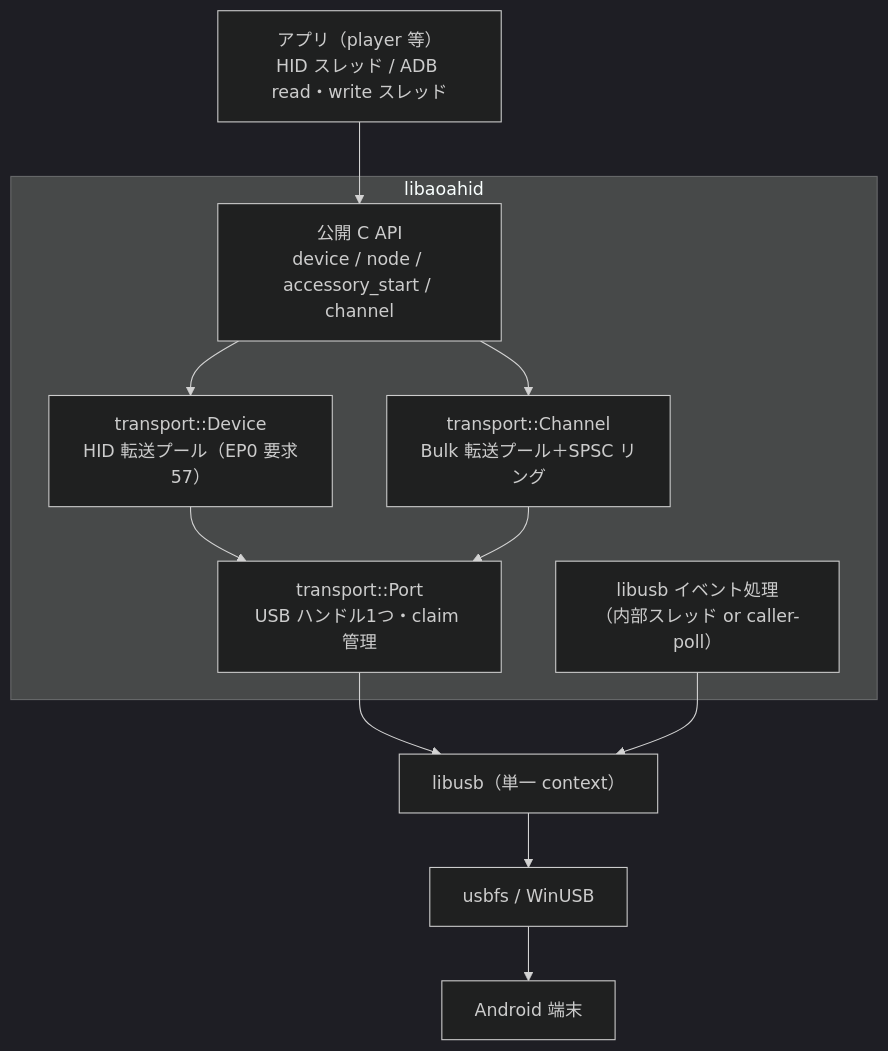
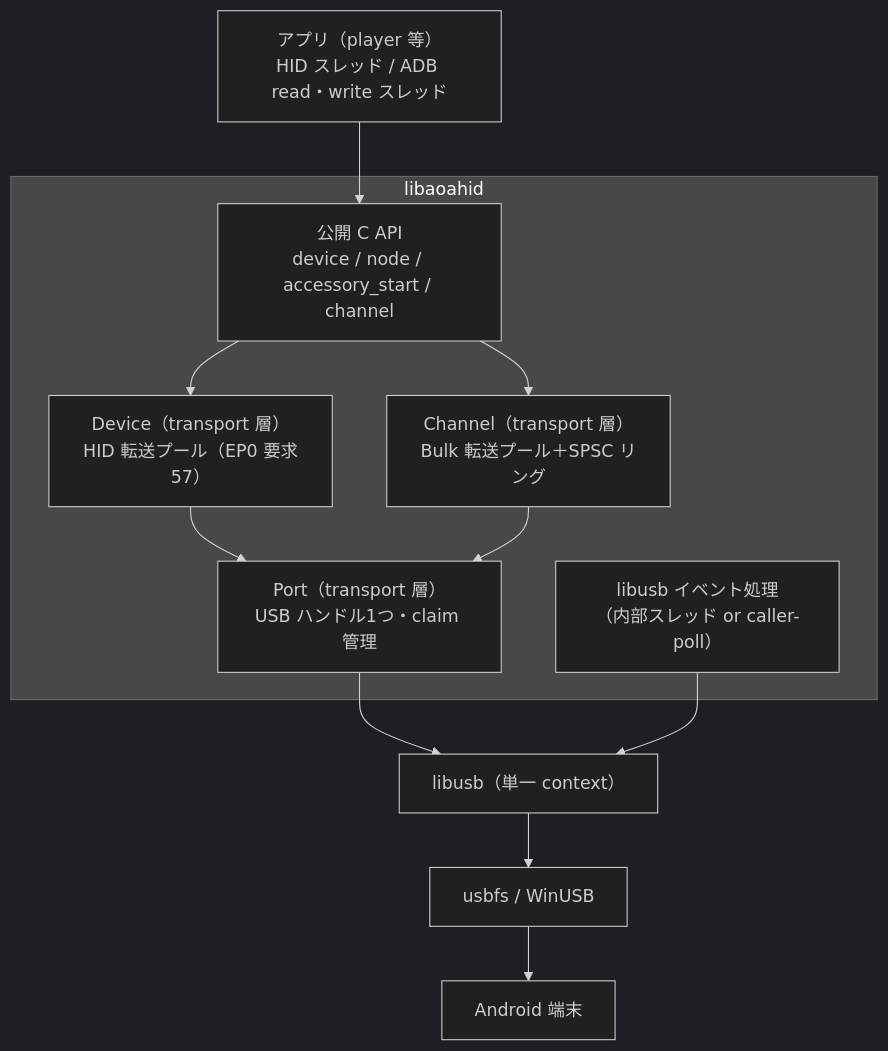
The first of 2 diagrams in docs/ARCHITECTURE_USB_HUB.md (nemarpuc/Libaoa_hid), drawn with Mermaid (dark theme) before and after one commit. The commit also changed other lines of this file and 1 other file, not shown here.

````diff
--- a/docs/ARCHITECTURE_USB_HUB.md
+++ b/docs/ARCHITECTURE_USB_HUB.md
@@ -135,16 +135,16 @@
 ```mermaid
 flowchart TB
     App["アプリ（player 等）<br/>HID スレッド / ADB read・write スレッド"]
     subgraph Lib["libaoahid"]
         API["公開 C API<br/>device / node / accessory_start / channel"]
-        Dev["transport::Device<br/>HID 転送プール（EP0 要求57）"]
-        Ch["transport::Channel<br/>Bulk 転送プール＋SPSC リング"]
-        Port["transport::Port<br/>USB ハンドル1つ・claim 管理"]
+        Dev["Device（transport 層）<br/>HID 転送プール（EP0 要求57）"]
+        Ch["Channel（transport 層）<br/>Bulk 転送プール＋SPSC リング"]
+        Port["Port（transport 層）<br/>USB ハンドル1つ・claim 管理"]
         Ev["libusb イベント処理<br/>（内部スレッド or caller-poll）"]
     end
     App --> API --> Dev & Ch
     Dev --> Port
     Ch --> Port
     Port --> LU["libusb（単一 context）"] --> OS["usbfs / WinUSB"] --> Phone["Android 端末"]
     Ev --> LU
 ```
````
